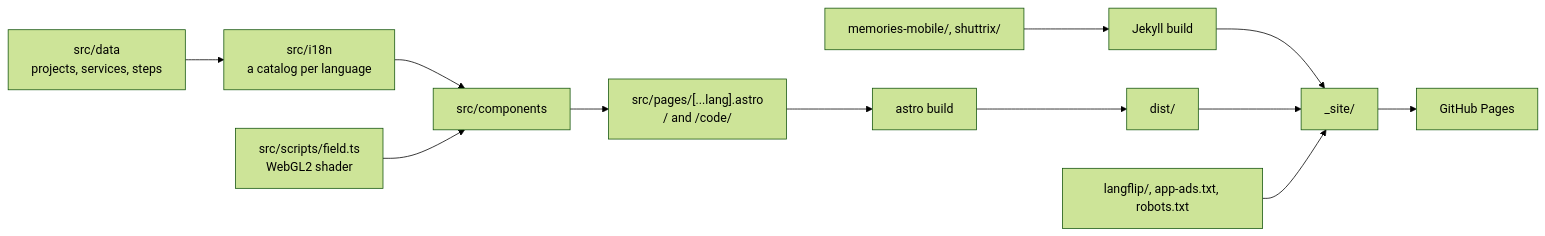
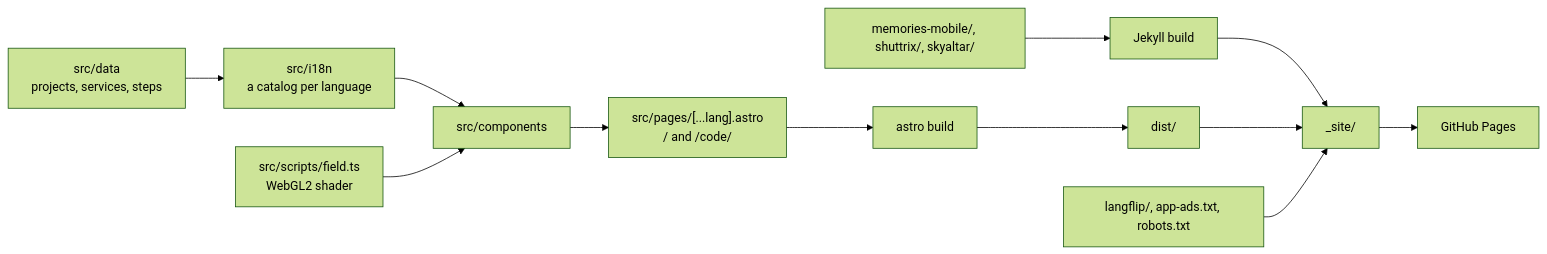
The first of 3 diagrams in docs/architecture.md (workbench-soft/workbench-soft.github.io), drawn with Mermaid (forest theme) before and after one commit. The commit also changed other lines of this file and 8 other files, not shown here.

````diff
--- a/docs/architecture.md
+++ b/docs/architecture.md
@@ -15,12 +16,12 @@
 ```mermaid
 flowchart LR
   data["src/data<br/>projects, services, steps"] --> i18n["src/i18n<br/>a catalog per language"]
   i18n --> components["src/components"]
   components --> pages["src/pages/[...lang].astro<br/>/ and /code/"]
   scripts["src/scripts/field.ts<br/>WebGL2 shader"] --> components
   pages --> astro["astro build"] --> dist["dist/"]
-  jekyll["memories-mobile/, shuttrix/"] --> jb["Jekyll build"] --> site["_site/"]
+  jekyll["memories-mobile/, shuttrix/, skyaltar/"] --> jb["Jekyll build"] --> site["_site/"]
   dist --> site
   root["langflip/, app-ads.txt, robots.txt"] --> site
   site --> pages_["GitHub Pages"]
 ```
````
